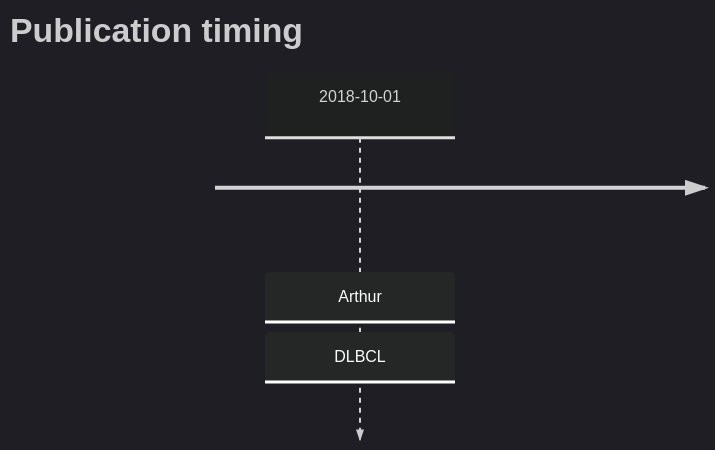
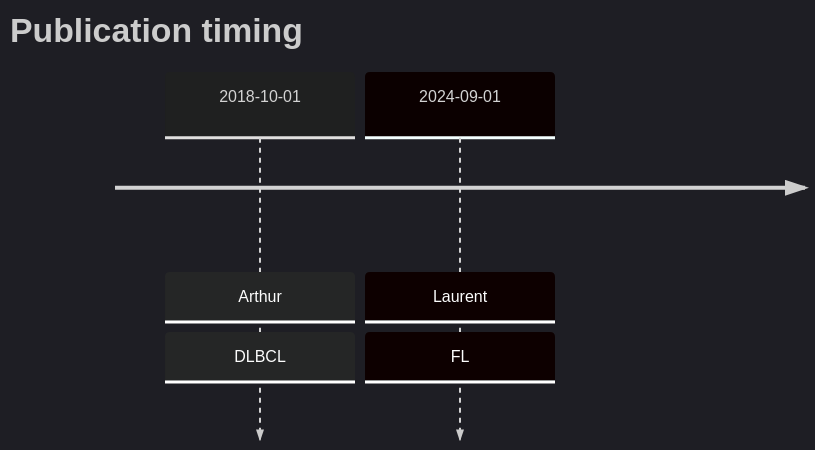
Before and after one commit to morinlab/lymphopedia: the diagram in mermaid_MEF2C.md, drawn with Mermaid.

Commit message:
update mermaid

````diff
--- a/mermaid_MEF2C.md
+++ b/mermaid_MEF2C.md
@@ -2,6 +2,7 @@
 ```mermaid
 %%{init: { 'logLevel': 'debug', 'theme': 'dark' } }%%
 timeline
     title Publication timing
       2018-10-01 : Arthur : DLBCL
+      2024-09-01 : Laurent: FL      
 ```
````
